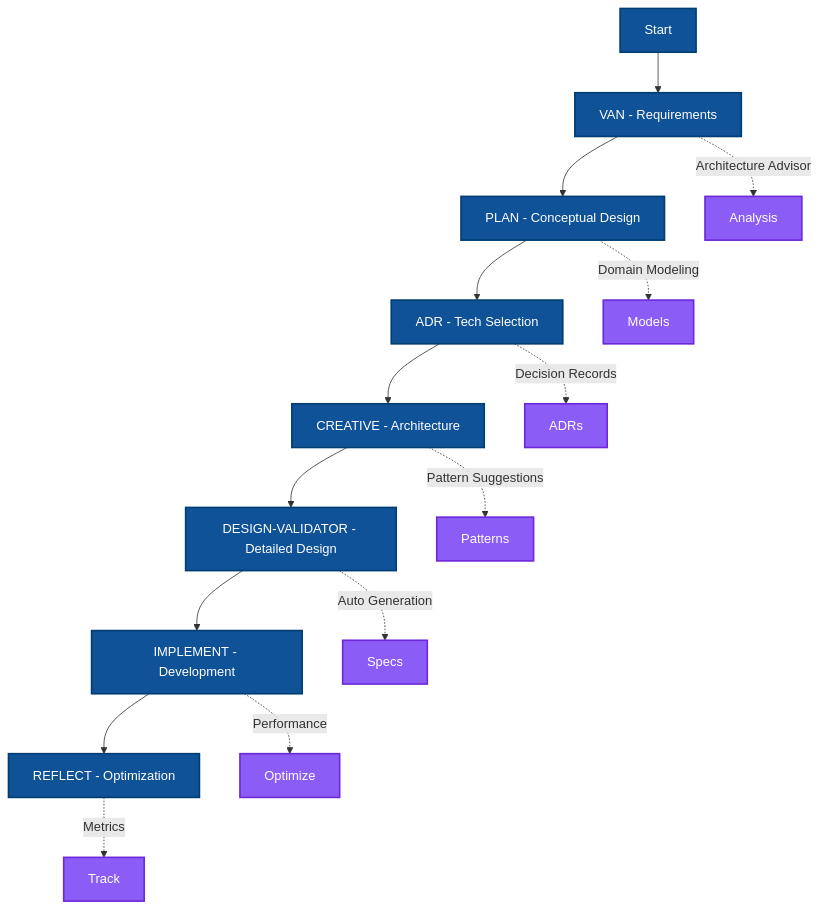
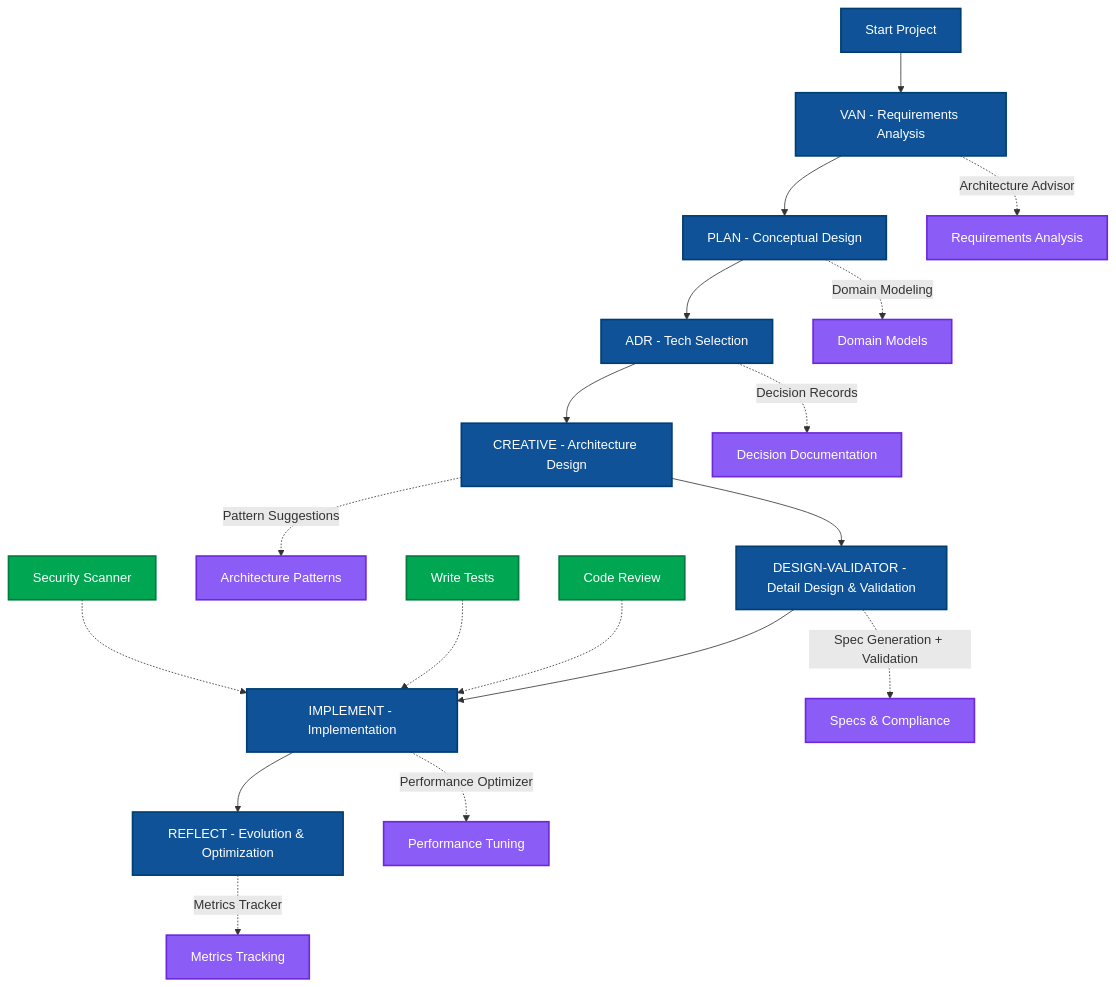
One commit to Zenobia000/ai-agentic-coding-template_unified changed the diagram in README.md. Above: the diagram before and after it, drawn with Mermaid.

Commit message:
docs: restore complete workflow diagram with all details
- Restore full workflow visualization with all three layers
- Add back supporting tools (Code Review, Write Tests, Security Scanner)
- Include complete style definitions with three color categories
- Keep English labels for international collaboration
- Show clear relationships between workflow steps, AI agents, and utilities

The complete diagram better illustrates the comprehensive nature of the
seven-step architecture workflow with AI enhancements and supporting tools.

🤖 Generated with [Claude Code](https://claude.ai/code)

````diff
--- a/README.md
+++ b/README.md
@@ -69,25 +69,33 @@
 ```mermaid
 graph TD
-    A[Start] --> B[VAN - Requirements]
+    A[Start Project] --> B[VAN - Requirements Analysis]
     B --> C[PLAN - Conceptual Design]
     C --> D[ADR - Tech Selection]
-    D --> E[CREATIVE - Architecture]
-    E --> F[DESIGN-VALIDATOR - Detailed Design]
-    F --> G[IMPLEMENT - Development]
-    G --> H[REFLECT - Optimization]
+    D --> E[CREATIVE - Architecture Design]
+    E --> F[DESIGN-VALIDATOR - Detail Design & Validation]
+    F --> G[IMPLEMENT - Implementation]
+    G --> H[REFLECT - Evolution & Optimization]
 
-    %% AI Enhancements
-    B -.->|Architecture Advisor| B1[Analysis]
-    C -.->|Domain Modeling| C1[Models]
-    D -.->|Decision Records| D1[ADRs]
-    E -.->|Pattern Suggestions| E1[Patterns]
-    F -.->|Auto Generation| F1[Specs]
-    G -.->|Performance| G1[Optimize]
-    H -.->|Metrics| H1[Track]
+    %% AI Agent Enhancements
+    B -.->|Architecture Advisor| B1[Requirements Analysis]
+    C -.->|Domain Modeling| C1[Domain Models]
+    D -.->|Decision Records| D1[Decision Documentation]
+    E -.->|Pattern Suggestions| E1[Architecture Patterns]
+    F -.->|Spec Generation + Validation| F1[Specs & Compliance]
+    G -.->|Performance Optimizer| G1[Performance Tuning]
+    H -.->|Metrics Tracker| H1[Metrics Tracking]
 
+    %% Supporting Tools
+    I[Code Review] -.-> G
+    J[Write Tests] -.-> G
+    K[Security Scanner] -.-> G
+
+    %% Style Definitions
     classDef workflow fill:#0f5298,stroke:#003d71,stroke-width:2px,color:#ffffff
     classDef aiAgent fill:#8b5cf6,stroke:#6d28d9,stroke-width:2px,color:#ffffff
+    classDef utility fill:#00a651,stroke:#007a3d,stroke-width:2px,color:#ffffff
 
     class A,B,C,D,E,F,G,H workflow
     class B1,C1,D1,E1,F1,G1,H1 aiAgent
+    class I,J,K utility
 ```
````
